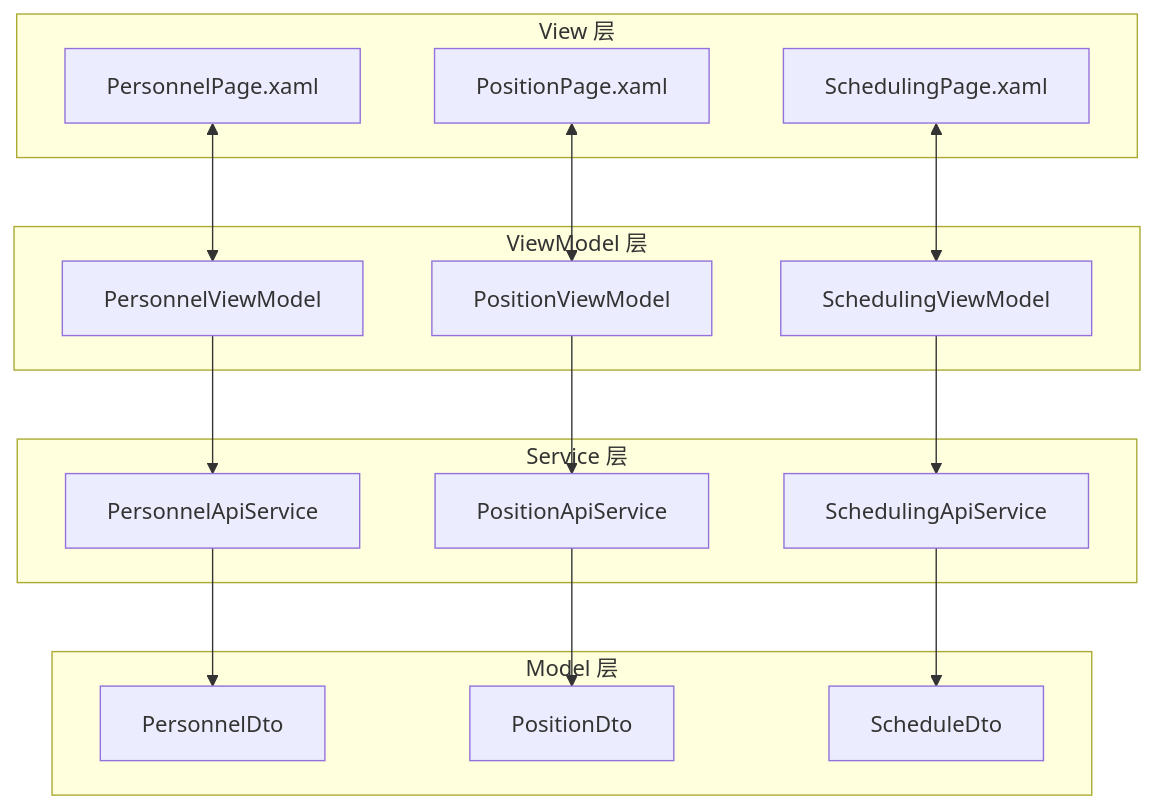
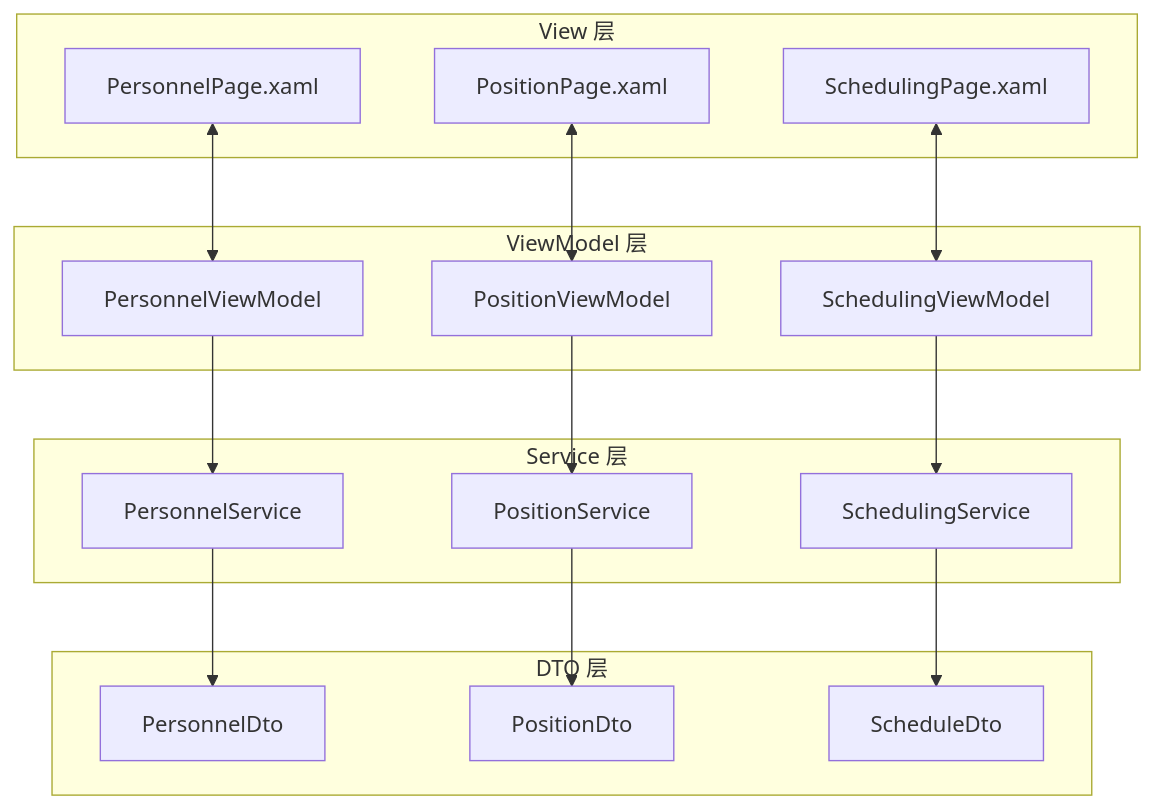
Before and after one commit to xiangkehan/AutoScheduling: diagram 19 of 21 in .qoder/quests/page-ui-design.md, drawn with Mermaid. The commit also changed other lines of this file and 12 other files, not shown here.

````diff
--- a/.qoder/quests/page-ui-design.md
+++ b/.qoder/quests/page-ui-design.md
@@ -972,38 +2244,38 @@
 ```mermaid
 graph TB
     subgraph "View 层"
         V1[PersonnelPage.xaml]
         V2[PositionPage.xaml]
         V3[SchedulingPage.xaml]
     end
     
     subgraph "ViewModel 层"
         VM1[PersonnelViewModel]
         VM2[PositionViewModel]
         VM3[SchedulingViewModel]
     end
     
     subgraph "Service 层"
-        S1[PersonnelApiService]
-        S2[PositionApiService]
-        S3[SchedulingApiService]
+        S1[PersonnelService]
+        S2[PositionService]
+        S3[SchedulingService]
     end
     
-    subgraph "Model 层"
+    subgraph "DTO 层"
         M1[PersonnelDto]
         M2[PositionDto]
         M3[ScheduleDto]
     end
     
     V1 <--> VM1
     V2 <--> VM2
     V3 <--> VM3
     
     VM1 --> S1
     VM2 --> S2
     VM3 --> S3
     
     S1 --> M1
     S2 --> M2
     S3 --> M3
 ```
````
